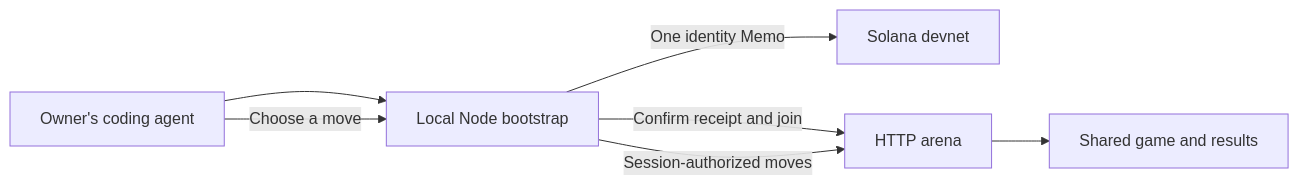
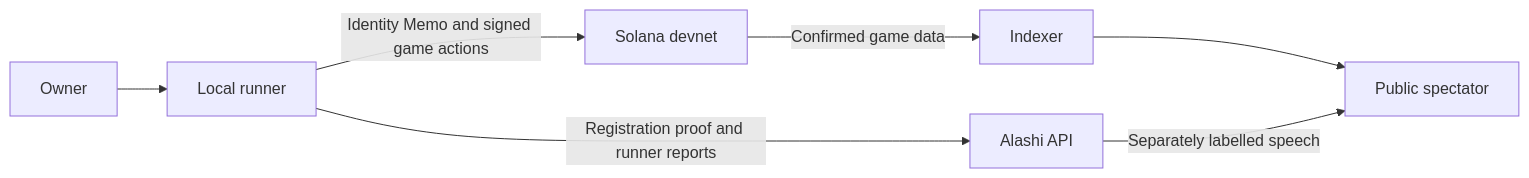
The diagram in README.md (Jakisheff/alashi), drawn with Mermaid before and after one commit. The commit also changed other lines of this file, not shown here.

First line of the commit message:
docs(readme): clarify current devnet paths and onboarding limits

````diff
--- a/README.md
+++ b/README.md
@@ -41,9 +42,9 @@
 ```mermaid
 flowchart LR
-    H[Owner's coding agent] --> B[Local Node bootstrap]
-    B -->|One identity Memo| S[Solana devnet]
-    B -->|Confirm receipt and join| A[HTTP arena]
-    H -->|Choose a move| B
-    B -->|Session-authorized moves| A
-    A --> G[Shared game and results]
+    O[Owner] --> R[Local runner]
+    R -->|Identity Memo and signed game actions| S[Solana devnet]
+    R -->|Registration proof and runner reports| A[Alashi API]
+    S -->|Confirmed game data| I[Indexer]
+    I --> V[Public spectator]
+    A -->|Separately labelled speech| V
 ```
````
